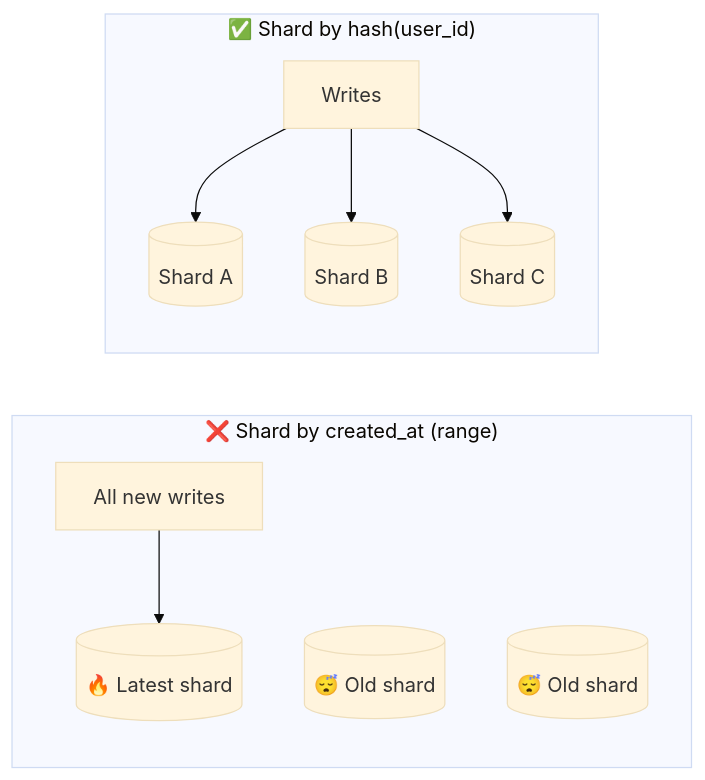
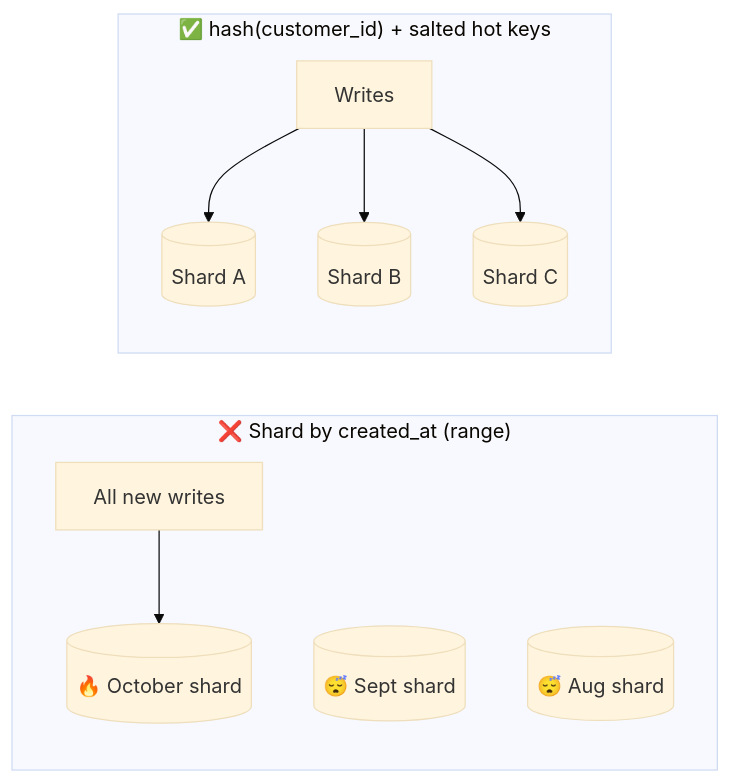
The diagram in phases/06-scaling-data/050-shard-keys-and-hotspots.md (winnyboy5/System-Design-from-Atoms), drawn with Mermaid (base theme) before and after one commit. The commit also changed other lines of this file and 9 other files, not shown here.

````diff
--- a/phases/06-scaling-data/050-shard-keys-and-hotspots.md
+++ b/phases/06-scaling-data/050-shard-keys-and-hotspots.md
@@ -28,13 +38,13 @@
 ```mermaid
 flowchart LR
     subgraph Bad["❌ Shard by created_at (range)"]
-        W1["All new writes"] --> H[("🔥 Latest shard")]
-        O1[("😴 Old shard")]
-        O2[("😴 Old shard")]
+        W1["All new writes"] --> H[("🔥 October shard")]
+        O1[("😴 Sept shard")]
+        O2[("😴 Aug shard")]
     end
-    subgraph Good["✅ Shard by hash(user_id)"]
+    subgraph Good["✅ hash(customer_id) + salted hot keys"]
         W2["Writes"] --> A[("Shard A")]
         W2 --> B[("Shard B")]
         W2 --> C[("Shard C")]
     end
 ```
````
